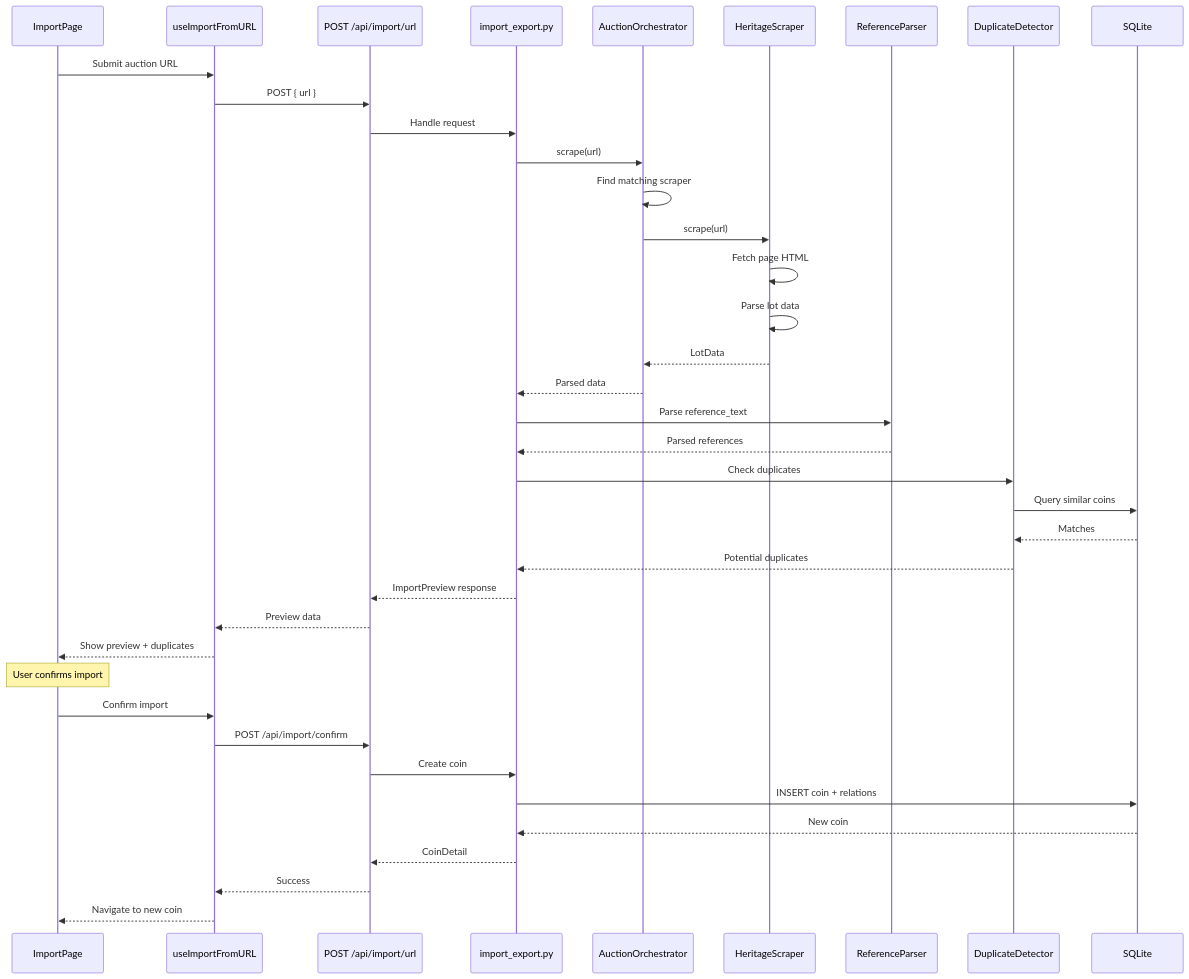
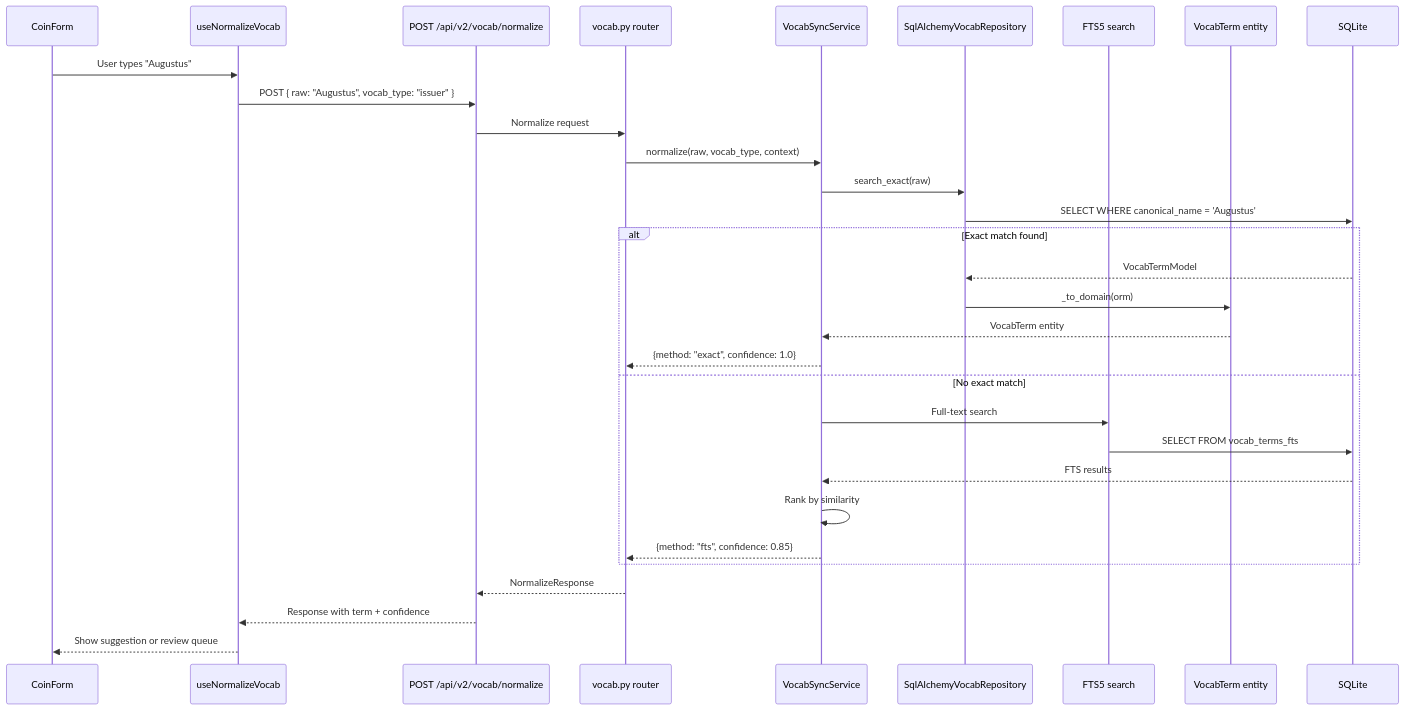
Before and after one commit to isayev/coinstack: the fourth of 18 diagrams in docs/ai-guide/06-DATA-FLOWS.md, drawn with Mermaid. The commit also changed other lines of this file and 6 other files, not shown here.

````diff
--- a/docs/ai-guide/06-DATA-FLOWS.md
+++ b/docs/ai-guide/06-DATA-FLOWS.md
@@ -95,43 +164,37 @@
 ```mermaid
 sequenceDiagram
-    participant UI as ImportPage
-    participant Hook as useImportFromURL
-    participant API as POST /api/import/url
-    participant Router as import_export.py
-    participant Orch as AuctionOrchestrator
-    participant Scraper as HeritageScraper
-    participant Parser as ReferenceParser
-    participant Dup as DuplicateDetector
+    participant UI as CoinForm
+    participant Hook as useNormalizeVocab
+    participant API as POST /api/v2/vocab/normalize
+    participant Router as vocab.py router
+    participant Service as VocabSyncService
+    participant Repo as SqlAlchemyVocabRepository
+    participant FTS as FTS5 search
+    participant Domain as VocabTerm entity
     participant DB as SQLite
 
-    UI->>Hook: Submit auction URL
-    Hook->>API: POST { url }
-    API->>Router: Handle request
-    Router->>Orch: scrape(url)
-    Orch->>Orch: Find matching scraper
-    Orch->>Scraper: scrape(url)
-    Scraper->>Scraper: Fetch page HTML
-    Scraper->>Scraper: Parse lot data
-    Scraper-->>Orch: LotData
-    Orch-->>Router: Parsed data
-    Router->>Parser: Parse reference_text
-    Parser-->>Router: Parsed references
-    Router->>Dup: Check duplicates
-    Dup->>DB: Query similar coins
-    DB-->>Dup: Matches
-    Dup-->>Router: Potential duplicates
-    Router-->>API: ImportPreview response
-    API-->>Hook: Preview data
-    Hook-->>UI: Show preview + duplicates
-    
-    Note over UI: User confirms import
-    
-    UI->>Hook: Confirm import
-    Hook->>API: POST /api/import/confirm
-    API->>Router: Create coin
-    Router->>DB: INSERT coin + relations
-    DB-->>Router: New coin
-    Router-->>API: CoinDetail
-    API-->>Hook: Success
-    Hook-->>UI: Navigate to new coin
+    UI->>Hook: User types "Augustus"
+    Hook->>API: POST { raw: "Augustus", vocab_type: "issuer" }
+    API->>Router: Normalize request
+    Router->>Service: normalize(raw, vocab_type, context)
+
+    Service->>Repo: search_exact(raw)
+    Repo->>DB: SELECT WHERE canonical_name = 'Augustus'
+
+    alt Exact match found
+        DB-->>Repo: VocabTermModel
+        Repo->>Domain: _to_domain(orm)
+        Domain-->>Service: VocabTerm entity
+        Service-->>Router: {method: "exact", confidence: 1.0}
+    else No exact match
+        Service->>FTS: Full-text search
+        FTS->>DB: SELECT FROM vocab_terms_fts
+        DB-->>Service: FTS results
+        Service->>Service: Rank by similarity
+        Service-->>Router: {method: "fts", confidence: 0.85}
+    end
+
+    Router-->>API: NormalizeResponse
+    API-->>Hook: Response with term + confidence
+    Hook-->>UI: Show suggestion or review queue
 ```
````
